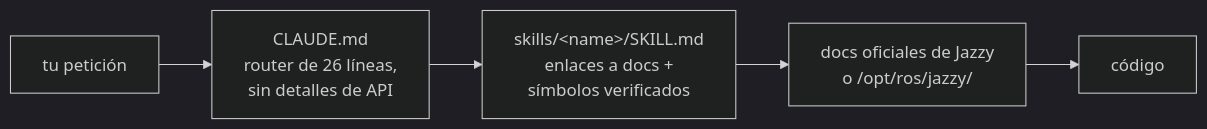
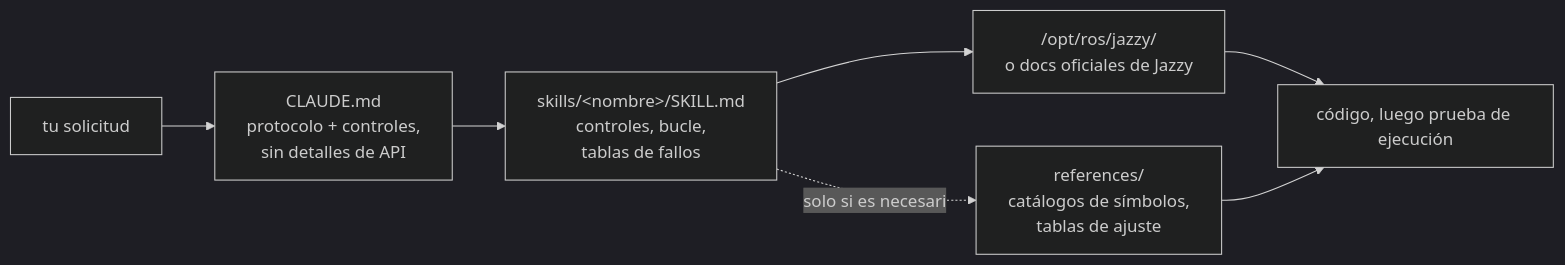
One commit to Leehyunbin0131/claude-ros2-skills changed the diagram in README.es.md. Above: the diagram before and after it, drawn with Mermaid (dark theme). The commit also changed other lines of this file and 7 other files, not shown here.

````diff
--- a/README.es.md
+++ b/README.es.md
@@ -142,7 +155,9 @@
 ```mermaid
 flowchart LR
-    A["tu petición"] --> B["CLAUDE.md<br/>router de 26 líneas,<br/>sin detalles de API"]
-    B --> C["skills/&lt;name&gt;/SKILL.md<br/>enlaces a docs +<br/>símbolos verificados"]
-    C --> D["docs oficiales de Jazzy<br/>o /opt/ros/jazzy/"]
-    D --> E["código"]
+    A["tu solicitud"] --> B["CLAUDE.md<br/>protocolo + controles,<br/>sin detalles de API"]
+    B --> C["skills/&lt;nombre&gt;/SKILL.md<br/>controles, bucle,<br/>tablas de fallos"]
+    C --> D["/opt/ros/jazzy/<br/>o docs oficiales de Jazzy"]
+    C -.solo si es necesario.-> R["references/<br/>catálogos de símbolos,<br/>tablas de ajuste"]
+    D --> E["código, luego prueba de ejecución"]
+    R --> E
 ```
````
